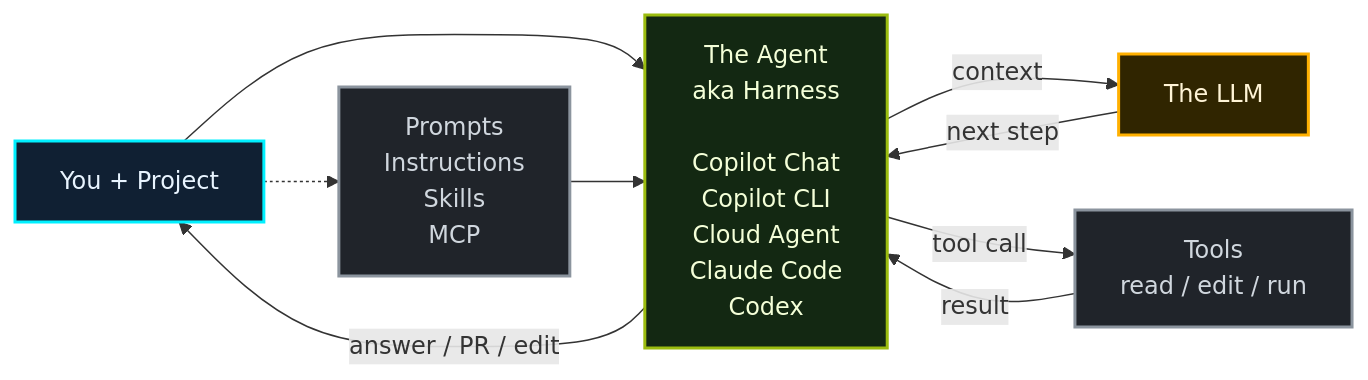
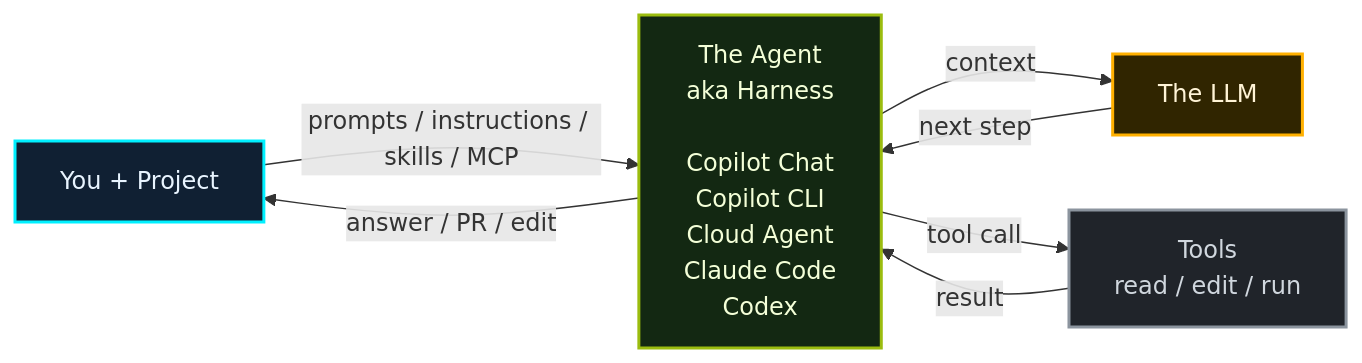
Before and after one commit to theomonfort/theomonfort: the second of 2 diagrams in src/content/glossary/agent.md, drawn with Mermaid.

Commit message:
Move agent inputs to arrow

````diff
--- a/src/content/glossary/agent.md
+++ b/src/content/glossary/agent.md
@@ -33,20 +33,18 @@
 ```mermaid
 flowchart LR
-  Project[You + Project] --> Agent[The Agent<br/>aka Harness<br/><br/>Copilot Chat<br/>Copilot CLI<br/>Cloud Agent<br/>Claude Code<br/>Codex]
+  Project[You + Project] -->|prompts / instructions / skills / MCP| Agent[The Agent<br/>aka Harness<br/><br/>Copilot Chat<br/>Copilot CLI<br/>Cloud Agent<br/>Claude Code<br/>Codex]
   Agent -->|answer / PR / edit| Project
-  Project -.-> Inputs[Prompts<br/>Instructions<br/>Skills<br/>MCP]
-  Inputs --> Agent[The Agent<br/>aka Harness<br/><br/>Copilot Chat<br/>Copilot CLI<br/>Cloud Agent<br/>Claude Code<br/>Codex]
   Agent -->|context| LLM[The LLM]
   LLM -->|next step| Agent
   Agent -->|tool call| Tools[Tools<br/>read / edit / run]
   Tools -->|result| Agent
 
   classDef human fill:#102033,stroke:#00f0ff,color:#e8f4ff,stroke-width:2px;
   classDef llm fill:#302500,stroke:#ffb000,color:#fff4d6,stroke-width:2px;
   classDef agent fill:#132812,stroke:#9bbc0f,color:#f4ffd8,stroke-width:2px;
   classDef context fill:#20242a,stroke:#8b949e,color:#d0d7de,stroke-width:2px;
   class Project human;
   class LLM llm;
   class Agent agent;
-  class Inputs,Tools context;
+  class Tools context;
 ```
````
